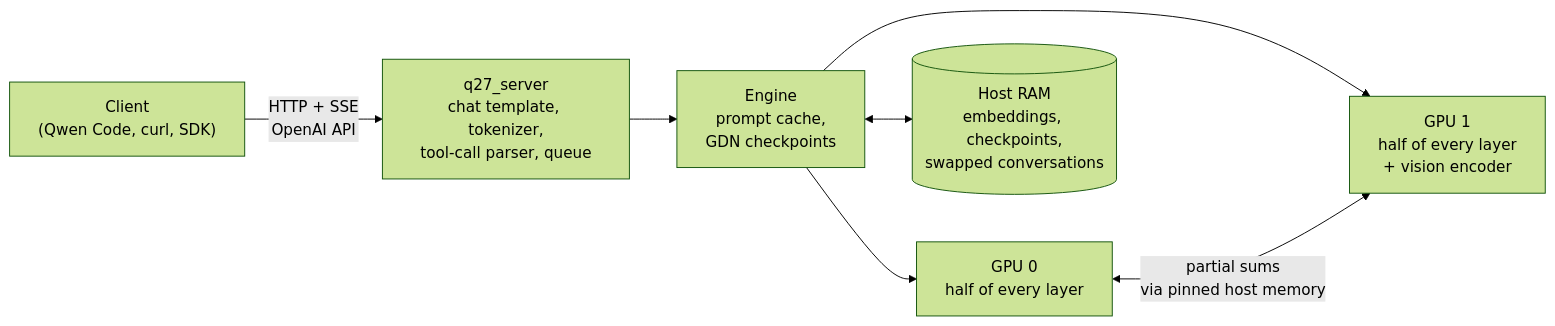
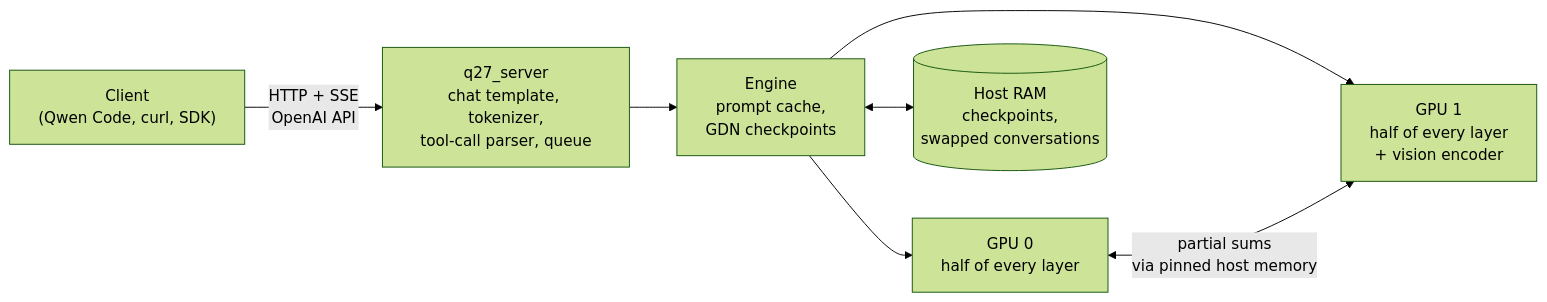
Before and after one commit to avallavall/qwen27-engine: the diagram in README.md, drawn with Mermaid (forest theme). The commit also changed other lines of this file and 4 other files, not shown here.

````diff
--- a/README.md
+++ b/README.md
@@ -78,9 +78,9 @@
 ```mermaid
 flowchart LR
     C["Client<br/>(Qwen Code, curl, SDK)"] -- "HTTP + SSE<br/>OpenAI API" --> S["q27_server<br/>chat template, tokenizer,<br/>tool-call parser, queue"]
     S --> E["Engine<br/>prompt cache,<br/>GDN checkpoints"]
     E --> G0["GPU 0<br/>half of every layer"]
     E --> G1["GPU 1<br/>half of every layer<br/>+ vision encoder"]
     G0 <-- "partial sums<br/>via pinned host memory" --> G1
-    E <--> R[("Host RAM<br/>embeddings, checkpoints,<br/>swapped conversations")]
+    E <--> R[("Host RAM<br/>checkpoints,<br/>swapped conversations")]
 ```
````
